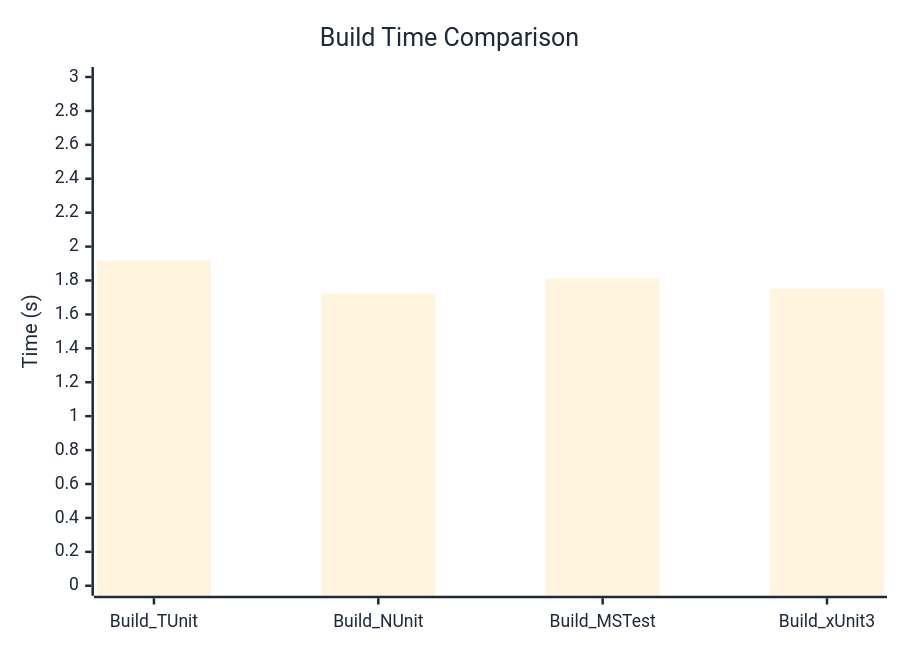
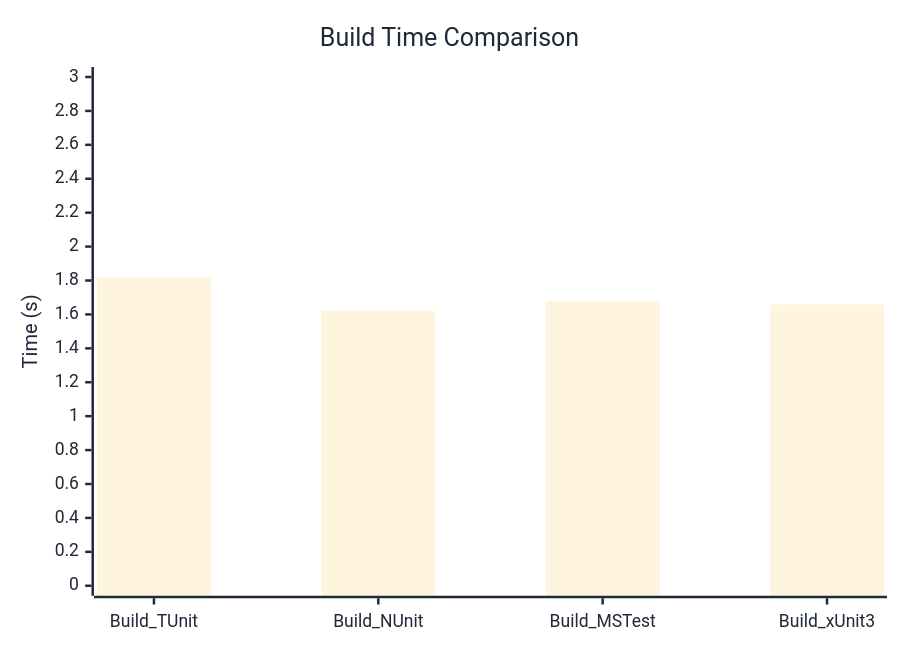
One commit to thomhurst/TUnit changed the diagram in docs/docs/benchmarks/BuildTime.md. Above: the diagram before and after it, drawn with Mermaid. The commit also changed other lines of this file and 17 other files, not shown here.

````diff
--- a/docs/docs/benchmarks/BuildTime.md
+++ b/docs/docs/benchmarks/BuildTime.md
@@ -28,37 +28,37 @@
 ```mermaid
 %%{init: {
   'theme':'base',
   'themeVariables': {
     'primaryColor': '#2563eb',
     'primaryTextColor': '#1f2937',
     'primaryBorderColor': '#1e40af',
     'lineColor': '#6b7280',
     'secondaryColor': '#7c3aed',
     'tertiaryColor': '#dc2626',
     'background': '#ffffff',
     'mainBkg': '#2563eb',
     'secondBkg': '#7c3aed',
     'tertiaryBkg': '#dc2626',
     'clusterBkg': '#f3f4f6',
     'edgeLabelBackground': '#ffffff',
     'tertiaryTextColor': '#1f2937',
     'pie1': '#2563eb',
     'pie2': '#7c3aed',
     'pie3': '#dc2626',
     'pie4': '#f59e0b',
     'pie5': '#10b981',
     'pie6': '#06b6d4',
     'pie7': '#ec4899',
     'pie8': '#6366f1',
     'pie9': '#84cc16',
     'pie10': '#f97316',
     'pie11': '#14b8a6',
     'pie12': '#a855f7'
   }
 }}%%
 xychart-beta
   title "Build Time Comparison"
   x-axis ["Build_TUnit", "Build_NUnit", "Build_MSTest", "Build_xUnit3"]
   y-axis "Time (s)" 0 --> 3
-  bar [1.917, 1.722, 1.812, 1.751]
+  bar [1.818, 1.62, 1.678, 1.658]
 ```
````
